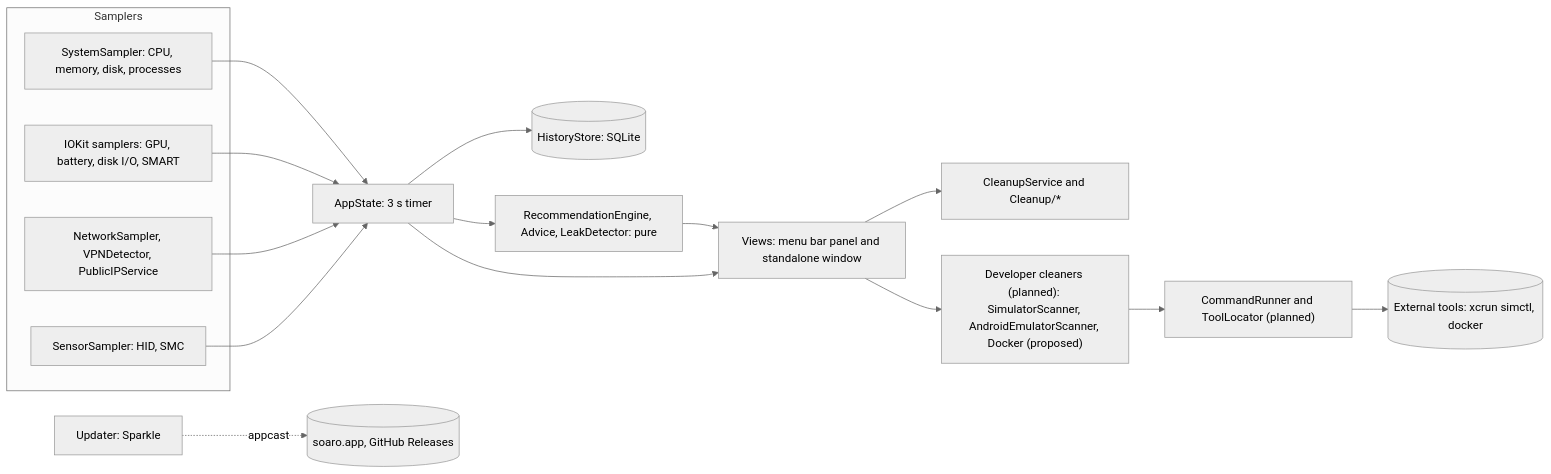
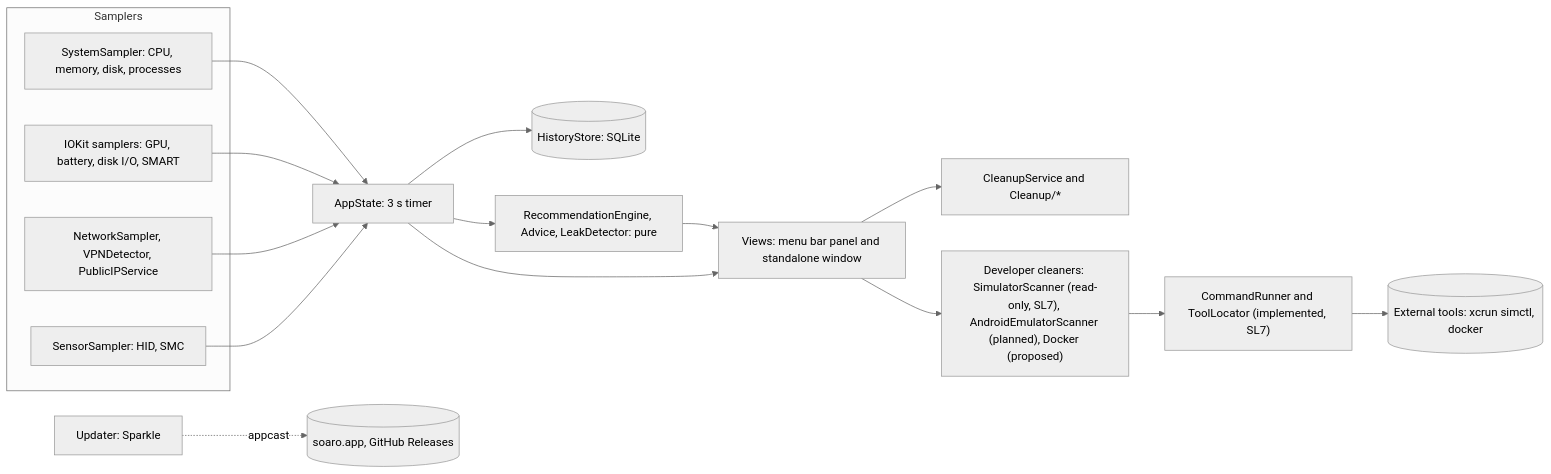
Before and after one commit to sebmafate/soaro: the diagram in ARCHITECTURE.md, drawn with Mermaid (neutral theme). The commit also changed other lines of this file and 4 other files, not shown here.

Commit message:
Mettre à jour PLAN, STATUS, TESTING et ARCHITECTURE pour SL7 (SL7 T8)

````diff
--- a/ARCHITECTURE.md
+++ b/ARCHITECTURE.md
@@ -33,31 +33,31 @@
 ```mermaid
 flowchart LR
   subgraph Samplers
     SS[SystemSampler: CPU, memory, disk, processes]
     IO[IOKit samplers: GPU, battery, disk I/O, SMART]
     NS[NetworkSampler, VPNDetector, PublicIPService]
     SE[SensorSampler: HID, SMC]
   end
   AS[AppState: 3 s timer]
   HS[(HistoryStore: SQLite)]
   RE[RecommendationEngine, Advice, LeakDetector: pure]
   UI[Views: menu bar panel and standalone window]
   CL[CleanupService and Cleanup/*]
-  DC["Developer cleaners (planned): SimulatorScanner, AndroidEmulatorScanner, Docker (proposed)"]
-  CR["CommandRunner and ToolLocator (planned)"]
+  DC["Developer cleaners: SimulatorScanner (read-only, SL7), AndroidEmulatorScanner (planned), Docker (proposed)"]
+  CR["CommandRunner and ToolLocator (implemented, SL7)"]
   EXT[("External tools: xcrun simctl, docker")]
   UP[Updater: Sparkle]
   SS --> AS
   IO --> AS
   NS --> AS
   SE --> AS
   AS --> HS
   AS --> RE
   RE --> UI
   AS --> UI
   UI --> CL
   UI --> DC
   DC --> CR
   CR --> EXT
   UP -. appcast .-> W[(soaro.app, GitHub Releases)]
 ```
````
